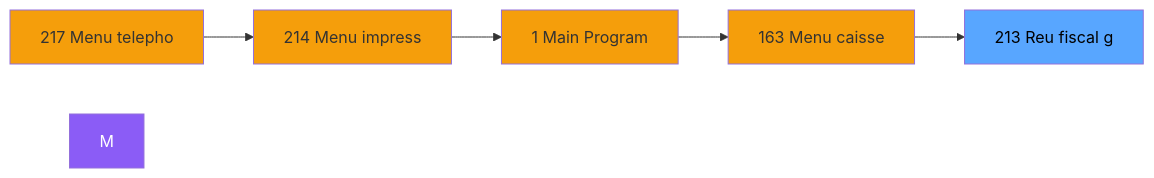
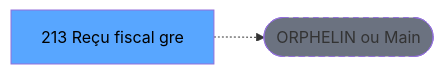
One commit to thonyAGP/lecteur-magic changed the second of 3 diagrams in .openspec/specs/ADH-IDE-213.md. Above: the diagram before and after it, drawn with Mermaid. The commit also changed other lines of this file and 701 other files, not shown here.

````diff
--- a/.openspec/specs/ADH-IDE-213.md
+++ b/.openspec/specs/ADH-IDE-213.md
@@ -113,18 +123,8 @@
 ```mermaid
 graph LR
-    N217[217 Menu telepho]
-    N214[214 Menu impress]
-    N1[1 Main Program]
-    N163[163 Menu caisse ]
-    T[213 Reu fiscal g]
-    N217 --> N214
-    N214 --> N1
-    N1 --> N163
-    N163 --> T
-    style M fill:#8b5cf6,color:#fff
-    style N217 fill:#f59e0b
-    style N214 fill:#f59e0b
-    style N1 fill:#f59e0b
-    style N163 fill:#f59e0b
+    T[213 Reçu fiscal gre]
+    ORPHAN([ORPHELIN ou Main])
+    T -.-> ORPHAN
     style T fill:#58a6ff,color:#000
+    style ORPHAN fill:#6b7280,stroke-dasharray: 5 5
 ```
````
